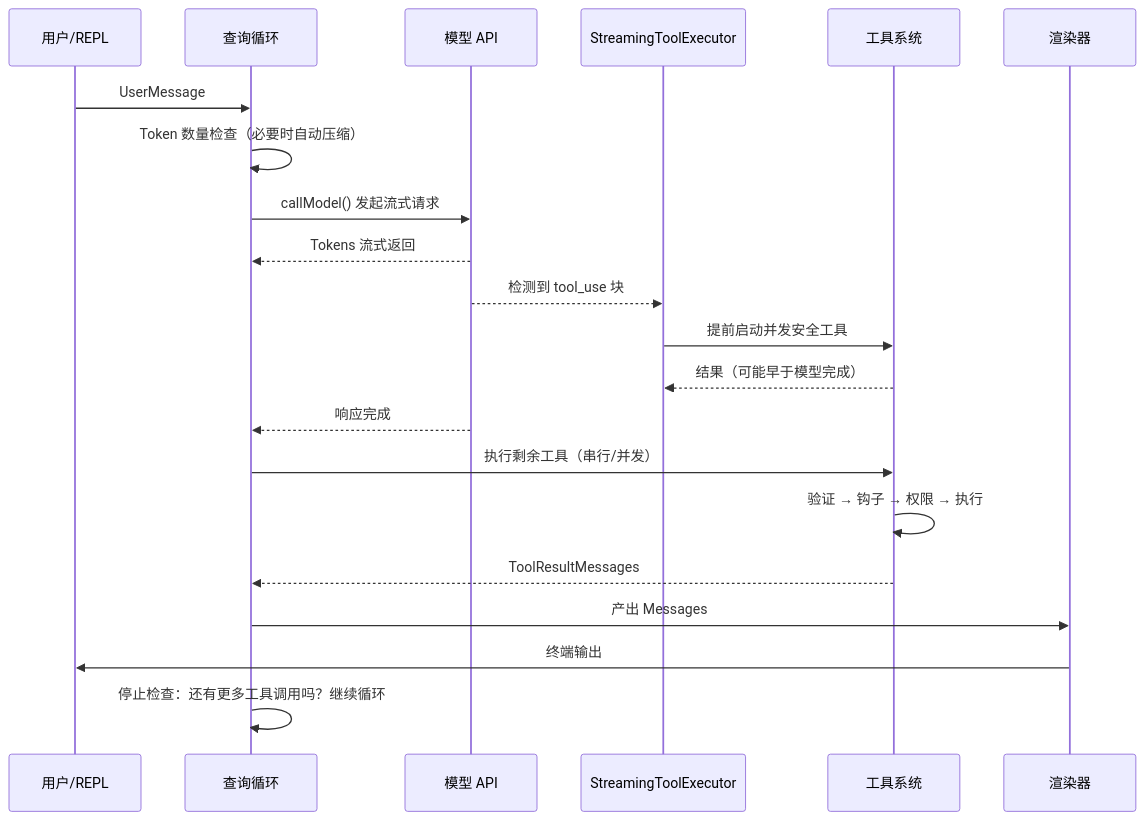
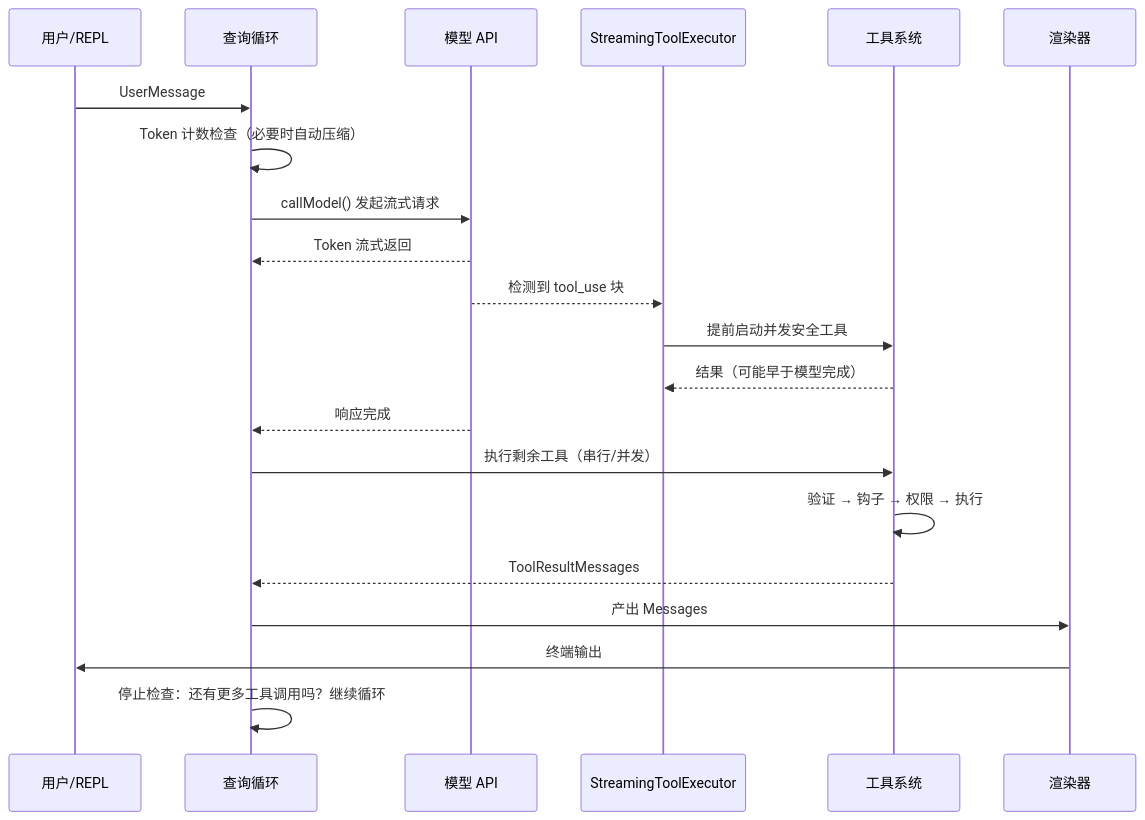
Before and after one commit to quanuanc/claude-code-from-source: the second of 5 diagrams in book-zh/ch01-architecture.md, drawn with Mermaid. The commit also changed other lines of this file and 1 other file, not shown here.

````diff
--- a/book-zh/ch01-architecture.md
+++ b/book-zh/ch01-architecture.md
@@ -53,24 +53,24 @@
 ```mermaid
 sequenceDiagram
     participant U as 用户/REPL
     participant Q as 查询循环
     participant M as 模型 API
     participant SE as StreamingToolExecutor
     participant T as 工具系统
     participant R as 渲染器
 
     U->>Q: UserMessage
-    Q->>Q: Token 数量检查（必要时自动压缩）
+    Q->>Q: Token 计数检查（必要时自动压缩）
     Q->>M: callModel() 发起流式请求
-    M-->>Q: Tokens 流式返回
+    M-->>Q: Token 流式返回
     M-->>SE: 检测到 tool_use 块
     SE->>T: 提前启动并发安全工具
     T-->>SE: 结果（可能早于模型完成）
     M-->>Q: 响应完成
     Q->>T: 执行剩余工具（串行/并发）
     T->>T: 验证 → 钩子 → 权限 → 执行
     T-->>Q: ToolResultMessages
     Q->>R: 产出 Messages
     R->>U: 终端输出
     Q->>Q: 停止检查：还有更多工具调用吗？继续循环
 ```
````
